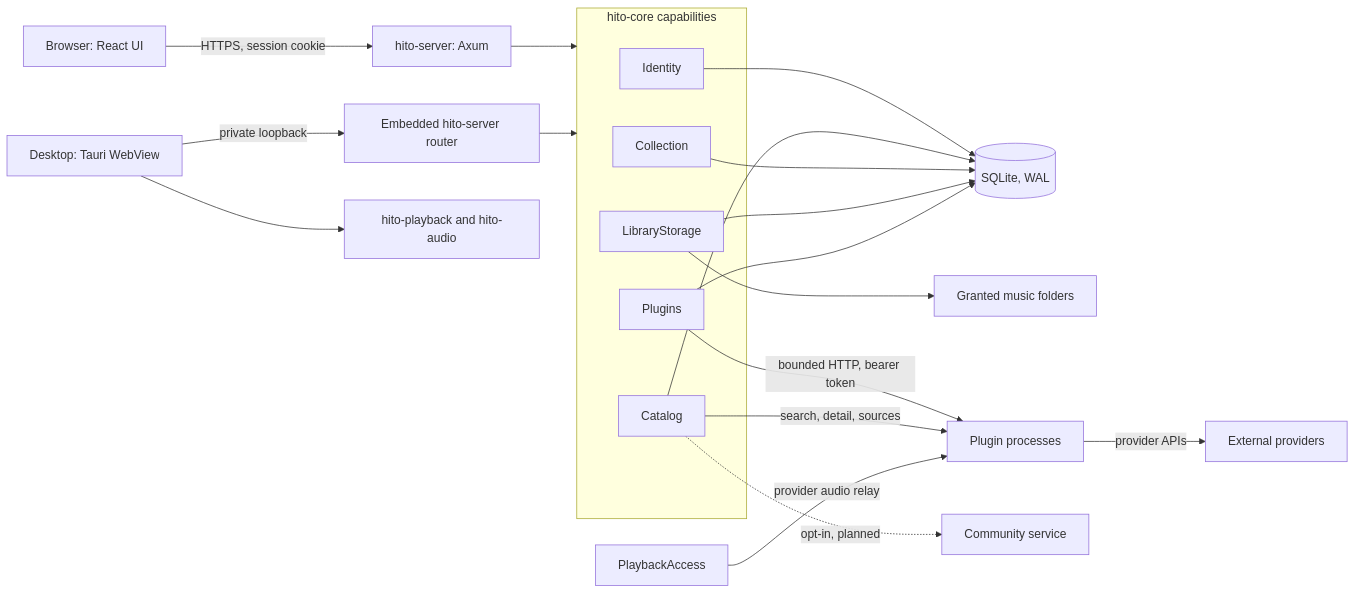
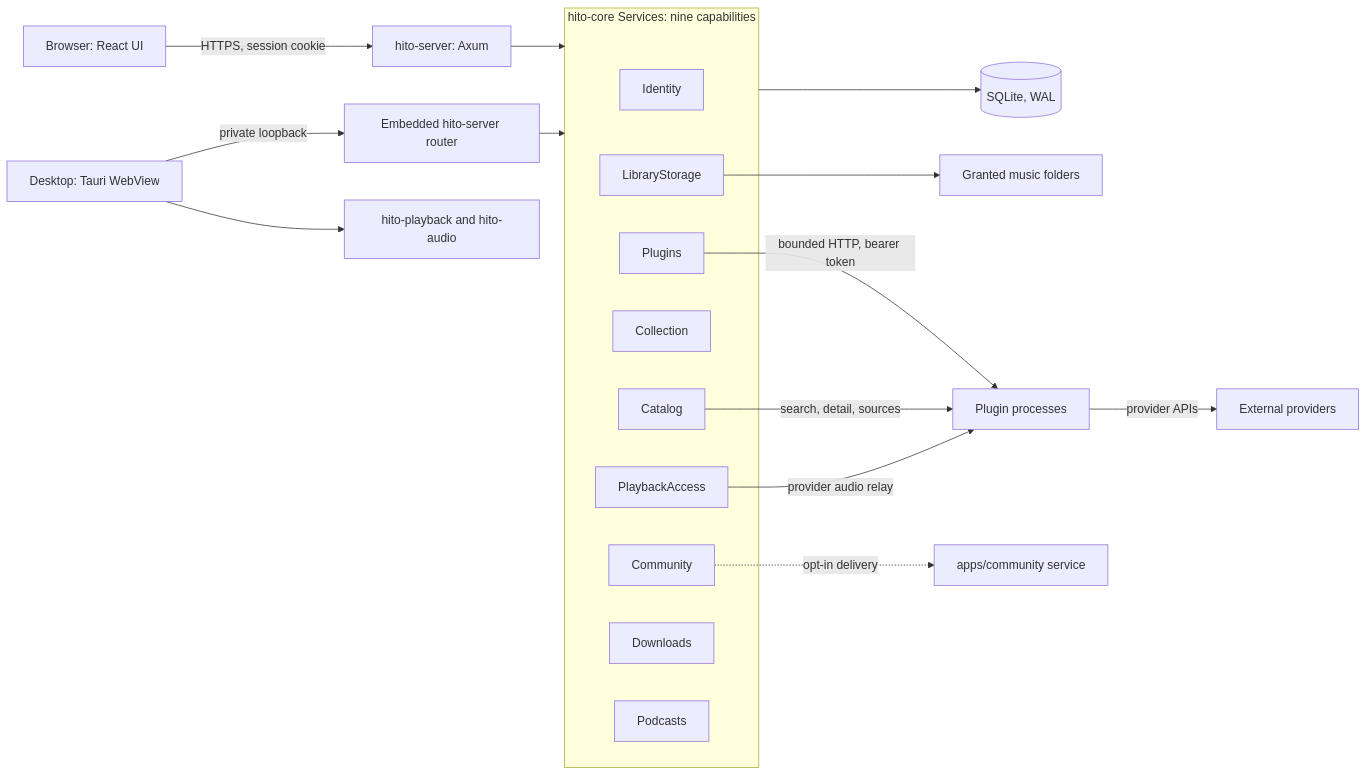
One commit to acidiney/hitoapp changed the second of 9 diagrams in docs/architecture.md. Above: the diagram before and after it, drawn with Mermaid. The commit also changed other lines of this file and 2 other files, not shown here.

Commit message:
Rebuild the architecture crate graph and core composition from the code and link the ListenBrainz docs

````diff
--- a/docs/architecture.md
+++ b/docs/architecture.md
@@ -86,26 +94,26 @@
 ```mermaid
 flowchart LR
   Browser[Browser: React UI] -->|HTTPS, session cookie| Server[hito-server: Axum]
   Desktop[Desktop: Tauri WebView] -->|private loopback| Embedded[Embedded hito-server router]
   Desktop --> Native[hito-playback and hito-audio]
   Server --> Core
   Embedded --> Core
-  subgraph Core[hito-core capabilities]
+  subgraph Core[hito-core Services: nine capabilities]
     Identity
     Catalog
+    PlaybackAccess
     Collection
+    Community
     LibraryStorage
     Plugins
+    Downloads
+    Podcasts
   end
-  Identity --> SQLite[(SQLite, WAL)]
-  Catalog --> SQLite
-  Collection --> SQLite
-  LibraryStorage --> SQLite
-  Plugins --> SQLite
+  Core --> SQLite[(SQLite, WAL)]
   LibraryStorage --> Files[Granted music folders]
   Plugins -->|bounded HTTP, bearer token| Plug[Plugin processes]
   Catalog -->|search, detail, sources| Plug
-  Playback[PlaybackAccess] -->|provider audio relay| Plug
+  PlaybackAccess -->|provider audio relay| Plug
   Plug -->|provider APIs| Ext[External providers]
-  Catalog -. opt-in, planned .-> Community[Community service]
+  Community -. opt-in delivery .-> CommunityService[apps/community service]
 ```
````
